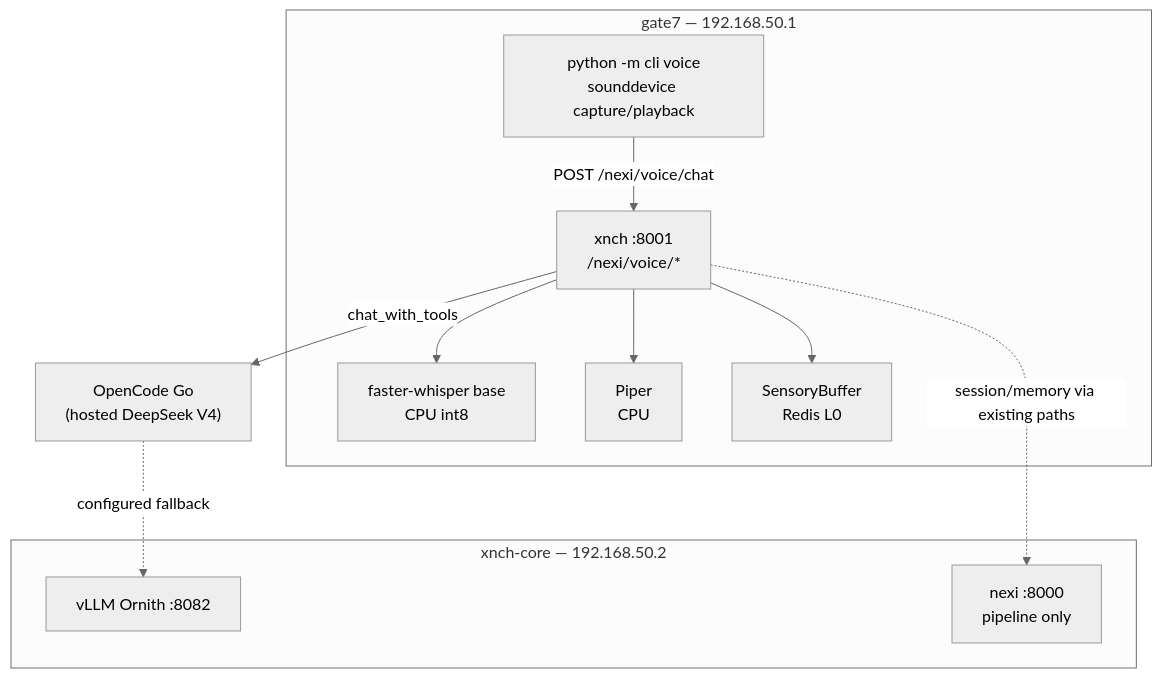
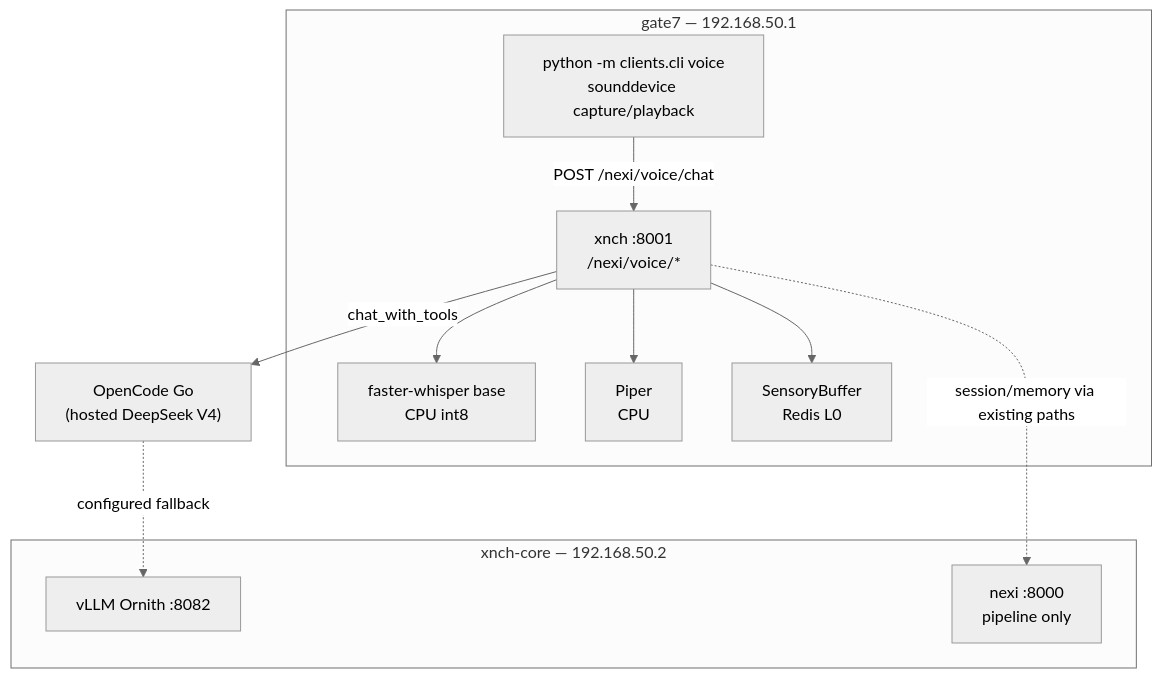
Before and after one commit to x-nch/xnchSystems: the second of 2 diagrams in docs/guides/nexi-voice-architecture.md, drawn with Mermaid (neutral theme). The commit also changed other lines of this file and 49 other files, not shown here.

````diff
--- a/docs/guides/nexi-voice-architecture.md
+++ b/docs/guides/nexi-voice-architecture.md
@@ -90,23 +90,23 @@
 ```mermaid
 flowchart TB
     subgraph Gate7["gate7 — 192.168.50.1"]
-        CLI["python -m cli voice<br/>sounddevice capture/playback"]
+        CLI["python -m clients.cli voice<br/>sounddevice capture/playback"]
         XNCH["xnch :8001<br/>/nexi/voice/*"]
         STT["faster-whisper base<br/>CPU int8"]
         TTS["Piper<br/>CPU"]
         SB["SensoryBuffer<br/>Redis L0"]
     end
 
     subgraph NodeB["xnch-core — 192.168.50.2"]
         VLLM["vLLM Ornith :8082"]
         NEXI["nexi :8000<br/>pipeline only"]
     end
 
     CLI -->|"POST /nexi/voice/chat"| XNCH
     XNCH --> STT
     XNCH --> TTS
     XNCH --> SB
     XNCH -->|"chat_with_tools"| GO["OpenCode Go<br/>(hosted DeepSeek V4)"]
     GO -.->|"configured fallback"| VLLM
     XNCH -.->|"session/memory via existing paths"| NEXI
 ```
````
